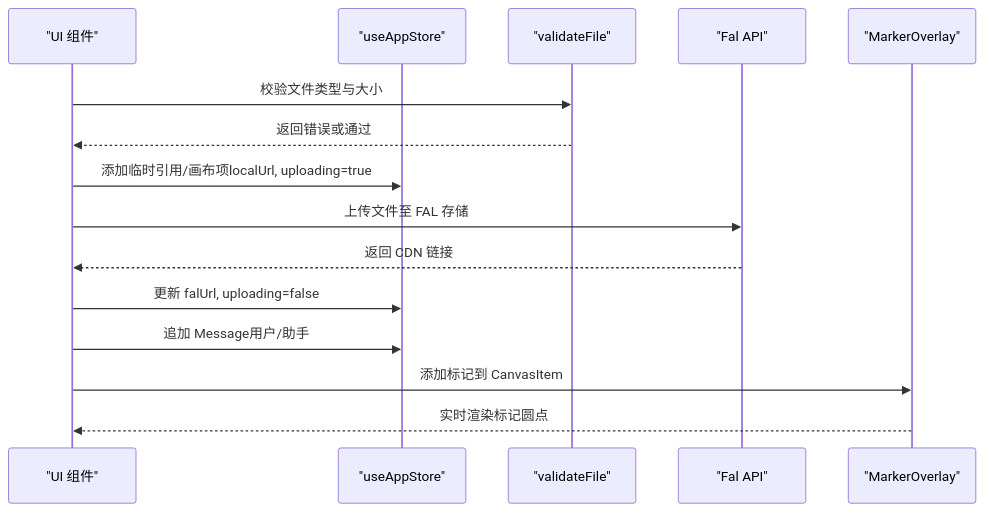
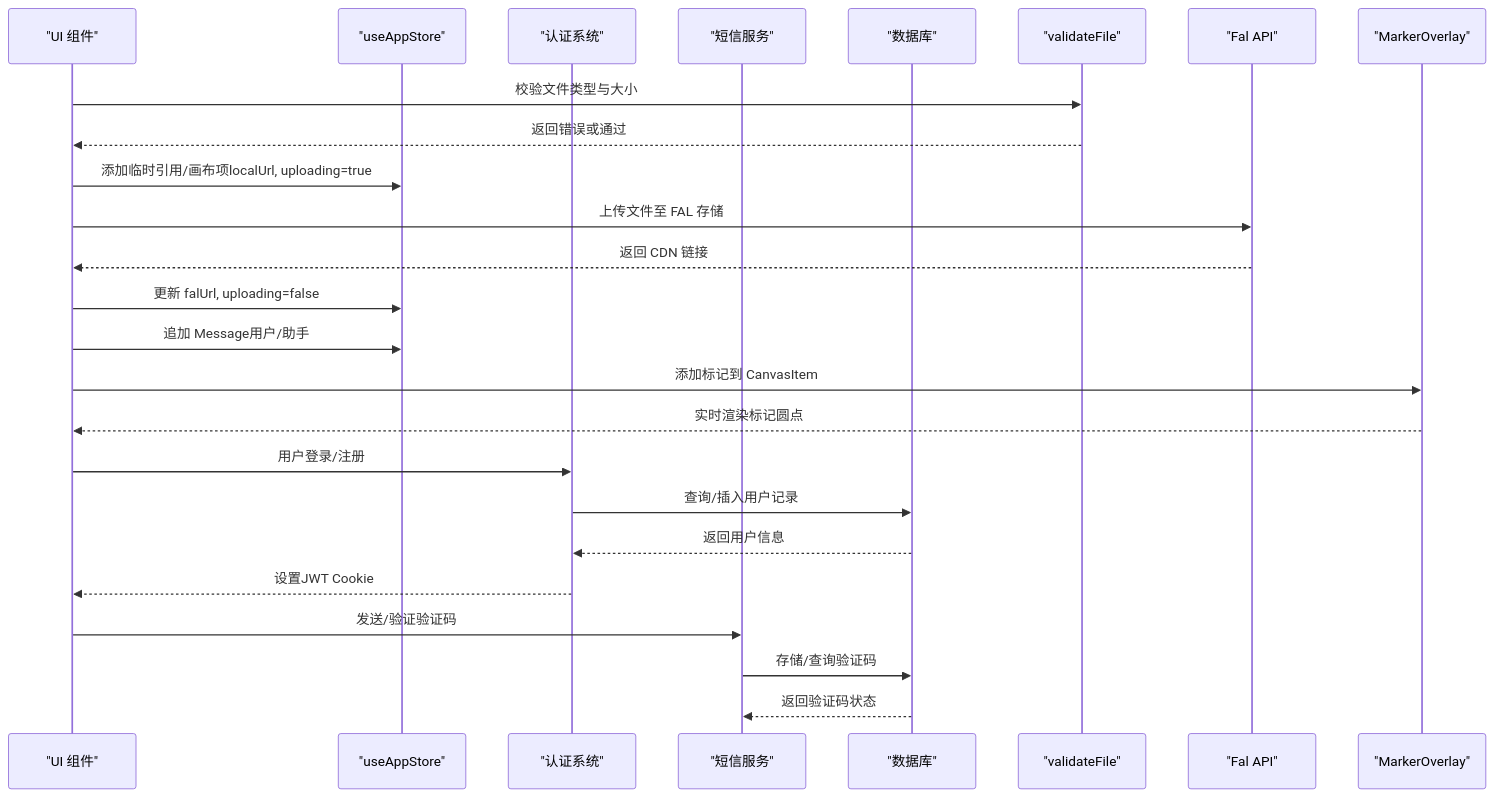
Before and after one commit to billye220670/BananaFlow2: the second of 10 diagrams in .qoder/repowiki/zh/content/数据模型.md, drawn with Mermaid. The commit also changed other lines of this file and 6 other files, not shown here.

````diff
--- a/.qoder/repowiki/zh/content/数据模型.md
+++ b/.qoder/repowiki/zh/content/数据模型.md
@@ -249,17 +356,27 @@
 ```mermaid
 sequenceDiagram
 participant UI as "UI 组件"
 participant Store as "useAppStore"
+participant Auth as "认证系统"
+participant SMS as "短信服务"
+participant DB as "数据库"
 participant Validate as "validateFile"
 participant FAL as "Fal API"
 participant Marker as "MarkerOverlay"
 UI->>Validate : 校验文件类型与大小
 Validate-->>UI : 返回错误或通过
 UI->>Store : 添加临时引用/画布项localUrl, uploading=true
 UI->>FAL : 上传文件至 FAL 存储
 FAL-->>UI : 返回 CDN 链接
 UI->>Store : 更新 falUrl, uploading=false
 UI->>Store : 追加 Message用户/助手
 UI->>Marker : 添加标记到 CanvasItem
 Marker-->>UI : 实时渲染标记圆点
+UI->>Auth : 用户登录/注册
+Auth->>DB : 查询/插入用户记录
+DB-->>Auth : 返回用户信息
+Auth-->>UI : 设置JWT Cookie
+UI->>SMS : 发送/验证验证码
+SMS->>DB : 存储/查询验证码
+DB-->>SMS : 返回验证码状态
 ```
````
